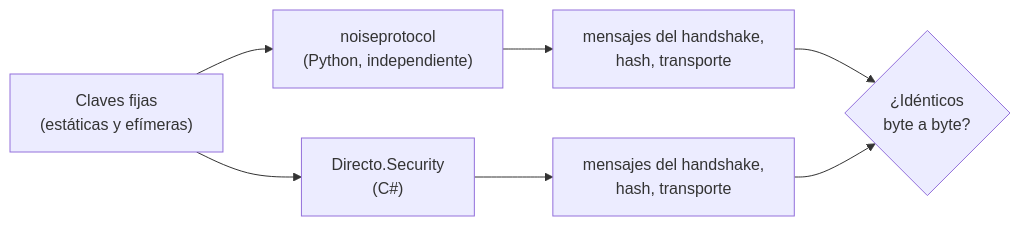
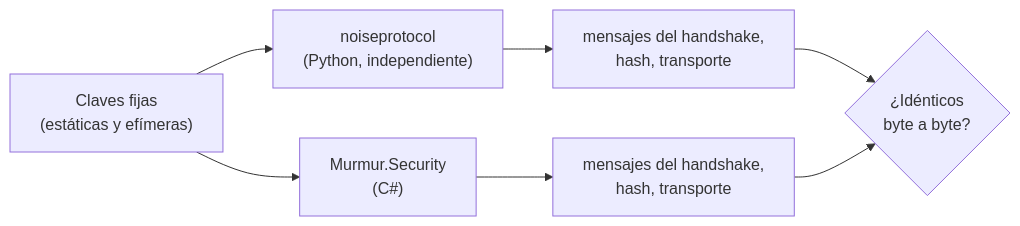
The diagram in website/concepts/test-vectors.md (fsoftt/Murmur), drawn with Mermaid before and after one commit. The commit also changed other lines of this file and 379 other files, not shown here.

````diff
--- a/website/concepts/test-vectors.md
+++ b/website/concepts/test-vectors.md
@@ -15,9 +15,9 @@
 ```mermaid
 flowchart LR
     K["Claves fijas<br/>(estáticas y efímeras)"] --> PY["noiseprotocol<br/>(Python, independiente)"]
-    K --> CS["Directo.Security<br/>(C#)"]
+    K --> CS["Murmur.Security<br/>(C#)"]
     PY --> V1[mensajes del handshake,<br/>hash, transporte]
     CS --> V2[mensajes del handshake,<br/>hash, transporte]
     V1 --> EQ{¿Idénticos<br/>byte a byte?}
     V2 --> EQ
 ```
````
